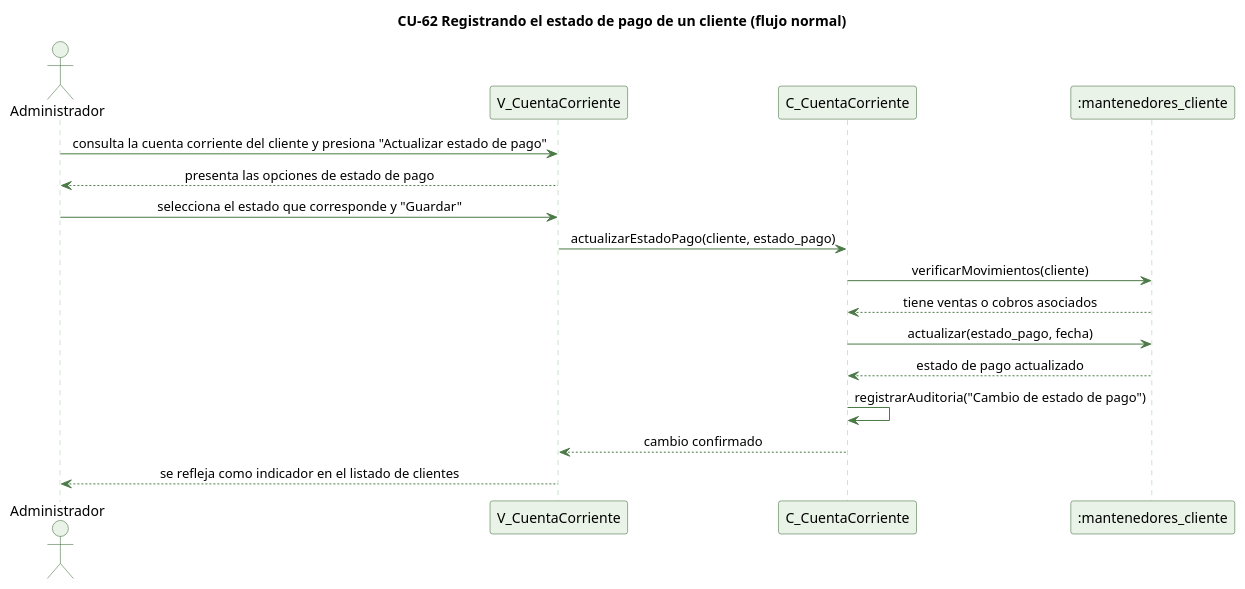
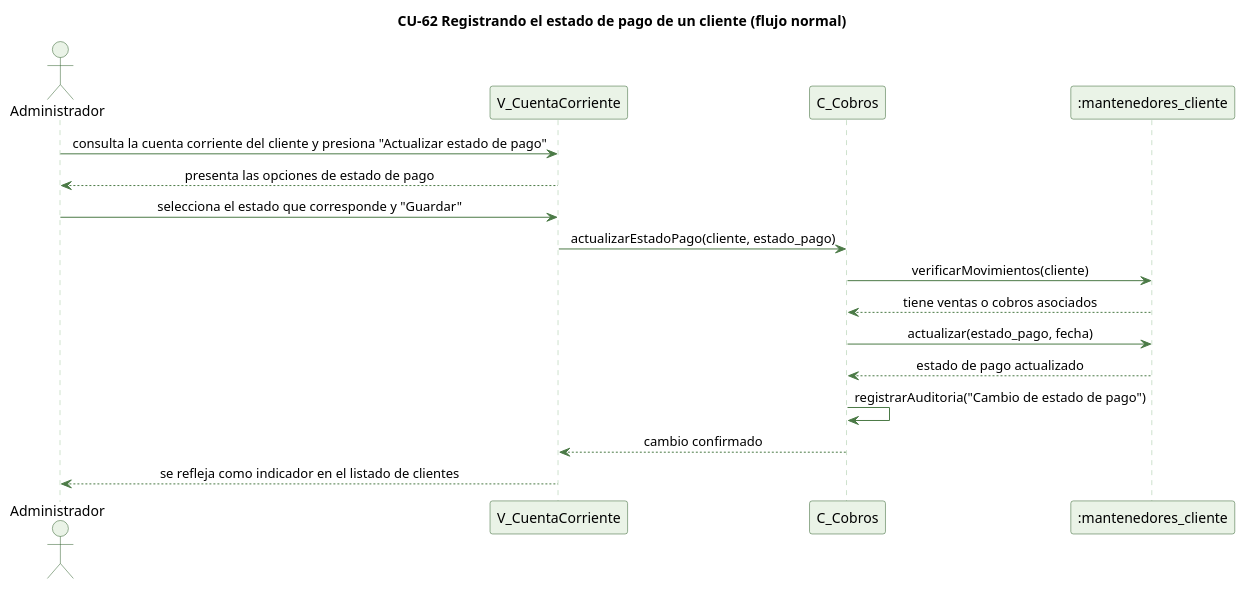
Before and after one commit to kenjikaese/Triverde: the diagram in docs/trabajo-grupal/diagramas/secuencias/cu62-estado-pago-normal.puml, drawn with PlantUML. The commit also changed 101 other files, not shown here.

```diff
--- a/docs/trabajo-grupal/diagramas/secuencias/cu62-estado-pago-normal.puml
+++ b/docs/trabajo-grupal/diagramas/secuencias/cu62-estado-pago-normal.puml
@@ -1,33 +1,33 @@
 @startuml cu62-estado-pago-normal
 ' CU-62 Registrando el estado de pago de un cliente - flujo normal
 skinparam backgroundColor #FFFFFF
 skinparam shadowing false
 skinparam defaultFontName Helvetica
 skinparam sequenceMessageAlign center
 skinparam ParticipantBackgroundColor #EAF3E7
 skinparam ParticipantBorderColor #2E5E2A
 skinparam ActorBackgroundColor #EAF3E7
 skinparam ActorBorderColor #2E5E2A
 skinparam sequenceLifeLineBorderColor #9CC49A
 skinparam ArrowColor #4B7A46
 
 title CU-62 Registrando el estado de pago de un cliente (flujo normal)
 
 actor Administrador
 participant "V_CuentaCorriente" as V
-participant "C_CuentaCorriente" as C
+participant "C_Cobros" as C
 participant ":mantenedores_cliente" as CL
 
 Administrador -> V : consulta la cuenta corriente del cliente y presiona "Actualizar estado de pago"
 V --> Administrador : presenta las opciones de estado de pago
 Administrador -> V : selecciona el estado que corresponde y "Guardar"
 V -> C : actualizarEstadoPago(cliente, estado_pago)
 C -> CL : verificarMovimientos(cliente)
 CL --> C : tiene ventas o cobros asociados
 C -> CL : actualizar(estado_pago, fecha)
 CL --> C : estado de pago actualizado
 C -> C : registrarAuditoria("Cambio de estado de pago")
 C --> V : cambio confirmado
 V --> Administrador : se refleja como indicador en el listado de clientes
 
 @enduml
```
